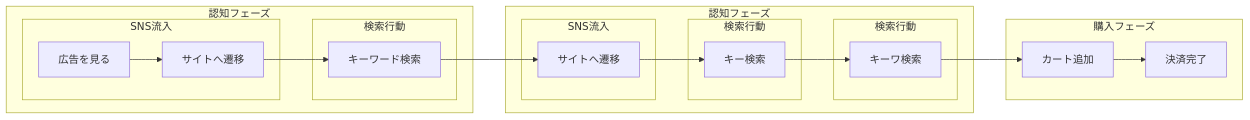
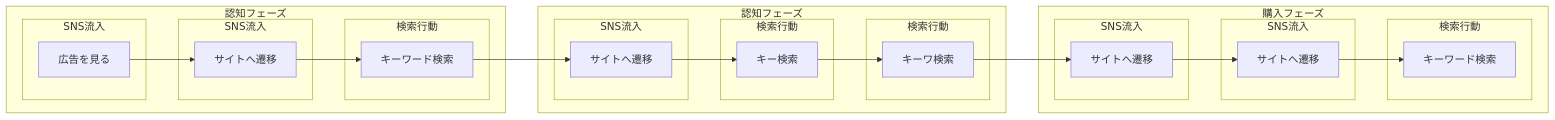
The diagram in linux-install-02.md (hobby-pc2026/linux-install), drawn with Mermaid before and after one commit.

````diff
--- a/linux-install-02.md
+++ b/linux-install-02.md
@@ -3,25 +3,36 @@
 ```mermaid
 flowchart LR
     subgraph フェーズ1 [認知フェーズ]
         subgraph サブ1 [SNS流入]
-            A[広告を見る] --> B[サイトへ遷移]
+            A[広告を見る] 
         end
-        subgraph サブ2 [検索行動]
+        subgraph サブ2 [SNS流入]
+            A --> B[サイトへ遷移]
+        end
+        subgraph サブ3 [検索行動]
             B --> C[キーワード検索]
         end
     end
     subgraph フェーズ2 [認知フェーズ]
         subgraph サブ4 [SNS流入]
             C --> E[サイトへ遷移]
         end
         subgraph サブ5 [検索行動]
             E --> F[キー検索]
         end
         subgraph サブ6 [検索行動]
             F --> G[キーワ検索]
         end
     end
     subgraph フェーズ3 [購入フェーズ]
-        G --> H[カート追加] --> I[決済完了]
+        subgraph サブ7 [SNS流入]
+            G --> H[サイトへ遷移] 
+        end
+        subgraph サブ8 [SNS流入]
+            H --> I[サイトへ遷移]
+        end
+        subgraph サブ9 [検索行動]
+            I --> J[キーワード検索]
+        end
     end
 ```
````
